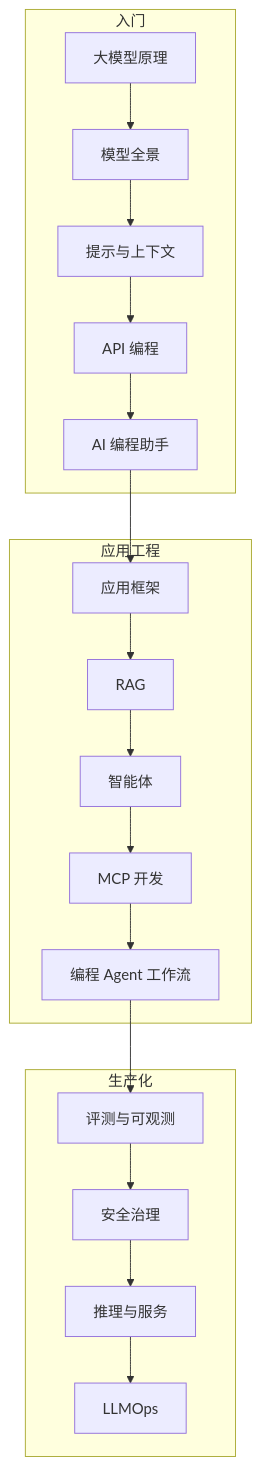
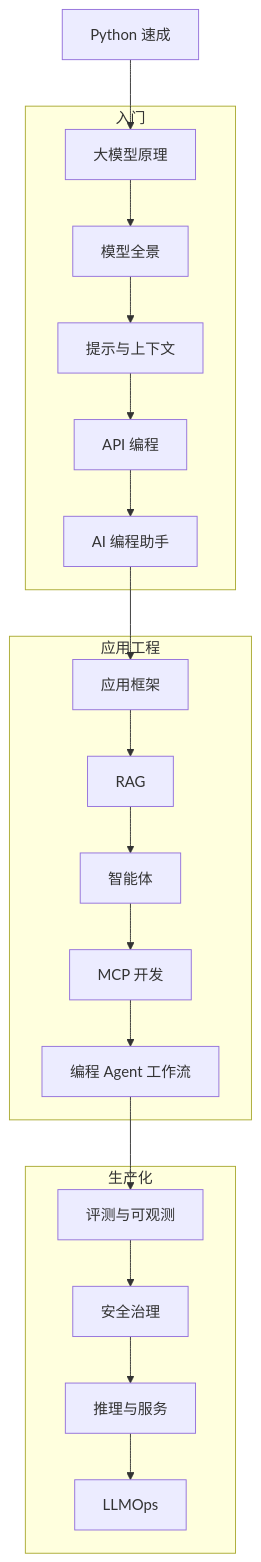
One commit to huangyongliang/tech-notes changed the diagram in topics/ai/README.md. Above: the diagram before and after it, drawn with Mermaid. The commit also changed other lines of this file and 20 other files, not shown here.

````diff
--- a/topics/ai/README.md
+++ b/topics/ai/README.md
@@ -9,17 +9,18 @@
 ```mermaid
 flowchart TD
+  P[Python 速成] --> A
   subgraph 入门
     A[大模型原理] --> B[模型全景] --> C[提示与上下文]
     C --> D[API 编程] --> E[AI 编程助手]
   end
   subgraph 应用工程
     F[应用框架] --> G[RAG] --> H[智能体]
     H --> I[MCP 开发] --> J[编程 Agent 工作流]
   end
   subgraph 生产化
     K[评测与可观测] --> L[安全治理]
     L --> M[推理与服务] --> N[LLMOps]
   end
   E --> F
   J --> K
 ```
````
